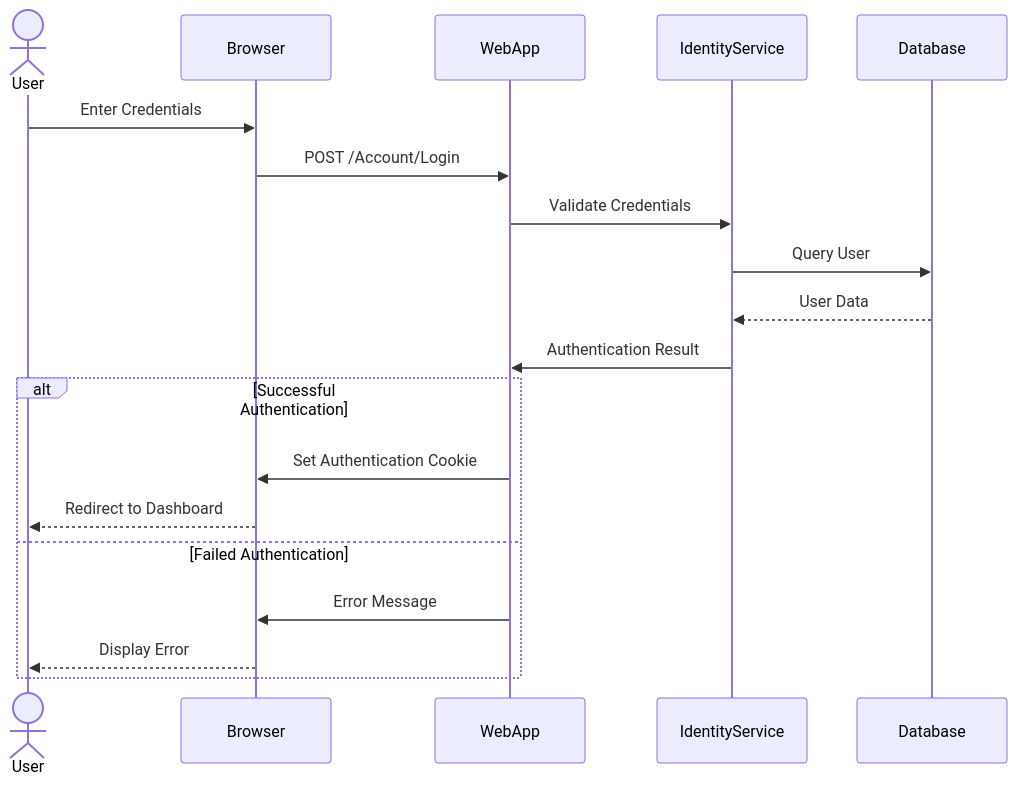
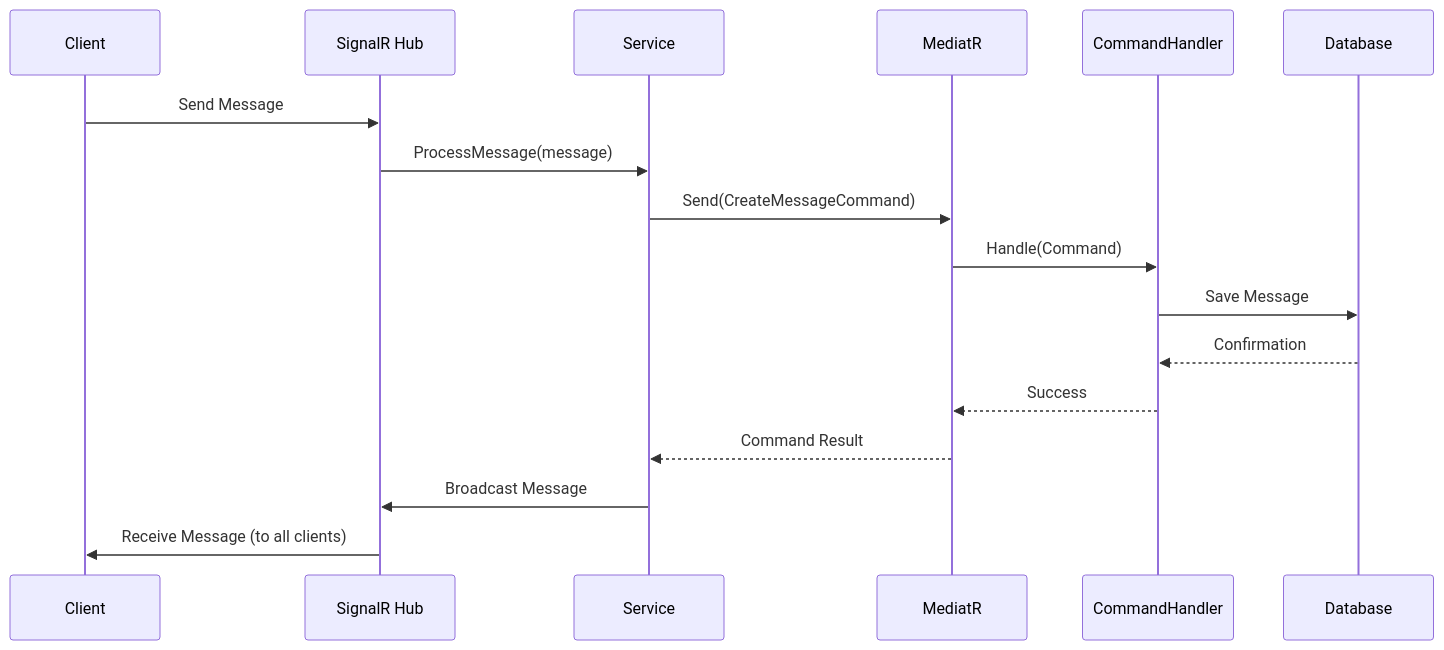
One commit to guscavalcante-dev/rio2c-private-sdlc changed the seventh of 8 diagrams in documentation/project-structure.md. Above: the diagram before and after it, drawn with Mermaid. The commit also changed other lines of this file and 1 other file, not shown here.

````diff
--- a/documentation/project-structure.md
+++ b/documentation/project-structure.md
@@ -219,23 +305,20 @@
 ```mermaid
 sequenceDiagram
-    actor User
-    participant Browser
-    participant WebApp
-    participant IdentityService
-    participant Database
+    participant C as Client
+    participant H as SignalR Hub
+    participant S as Service
+    participant M as MediatR
+    participant CH as CommandHandler
+    participant DB as Database
     
-    User->>Browser: Enter Credentials
-    Browser->>WebApp: POST /Account/Login
-    WebApp->>IdentityService: Validate Credentials
-    IdentityService->>Database: Query User
-    Database-->>IdentityService: User Data
-    IdentityService->>WebApp: Authentication Result
-    
-    alt Successful Authentication
-        WebApp->>Browser: Set Authentication Cookie
-        Browser-->>User: Redirect to Dashboard
-    else Failed Authentication
-        WebApp->>Browser: Error Message
-        Browser-->>User: Display Error
-    end
+    C->>H: Send Message
+    H->>S: ProcessMessage(message)
+    S->>M: Send(CreateMessageCommand)
+    M->>CH: Handle(Command)
+    CH->>DB: Save Message
+    DB-->>CH: Confirmation
+    CH-->>M: Success
+    M-->>S: Command Result
+    S->>H: Broadcast Message
+    H->>C: Receive Message (to all clients)
 ```
````
